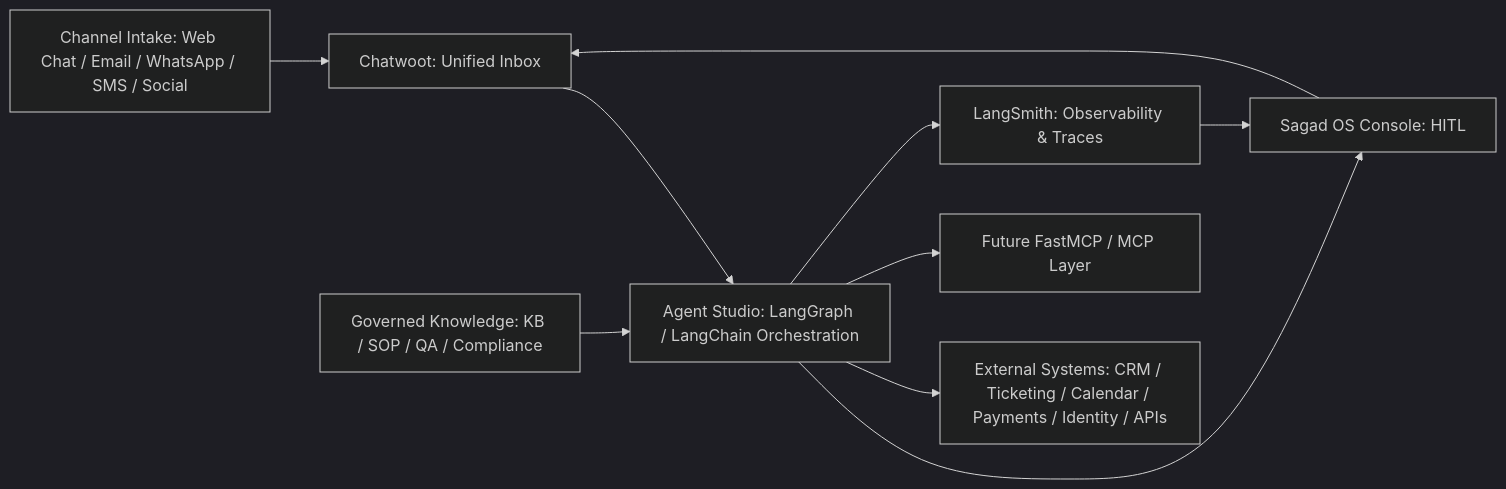
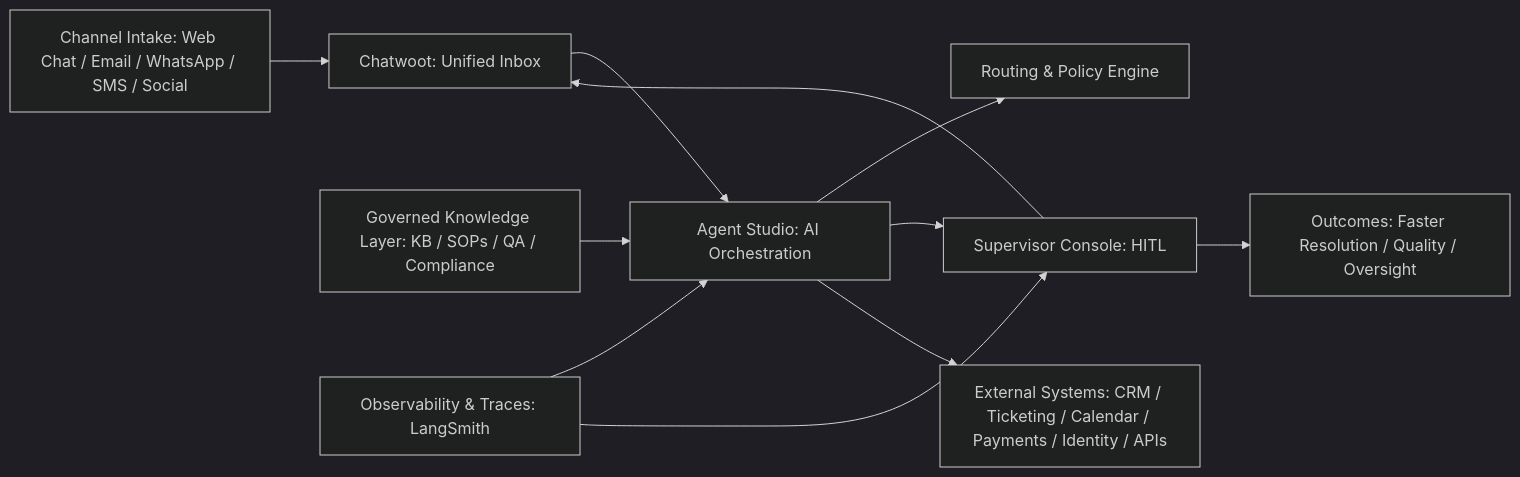
One commit to rdkrstn/sagad-os changed the diagram in v1/docs/system-design.md. Above: the diagram before and after it, drawn with Mermaid (dark theme). The commit also changed other lines of this file and 7 other files, not shown here.

Commit message:
docs: align architecture with canonical blueprint

````diff
--- a/v1/docs/system-design.md
+++ b/v1/docs/system-design.md
@@ -52,21 +52,23 @@
 ```mermaid
 flowchart LR
   Channels["Channel Intake: Web Chat / Email / WhatsApp / SMS / Social"]
   Chatwoot["Chatwoot: Unified Inbox"]
-  Studio["Agent Studio: LangGraph / LangChain Orchestration"]
-  Knowledge["Governed Knowledge: KB / SOP / QA / Compliance"]
-  Console["Sagad OS Console: HITL"]
+  Studio["Agent Studio: AI Orchestration"]
+  Policy["Routing & Policy Engine"]
+  Knowledge["Governed Knowledge Layer: KB / SOPs / QA / Compliance"]
+  Console["Supervisor Console: HITL"]
   External["External Systems: CRM / Ticketing / Calendar / Payments / Identity / APIs"]
-  LangSmith["LangSmith: Observability & Traces"]
-  MCP["Future FastMCP / MCP Layer"]
+  Observability["Observability & Traces: LangSmith"]
+  Outcomes["Outcomes: Faster Resolution / Quality / Oversight"]
 
   Channels --> Chatwoot
   Chatwoot --> Studio
+  Studio --> Policy
   Knowledge --> Studio
   Studio --> Console
   Console --> Chatwoot
   Studio --> External
-  Studio --> MCP
-  Studio --> LangSmith
-  LangSmith --> Console
+  Observability --> Studio
+  Observability --> Console
+  Console --> Outcomes
 ```
````
